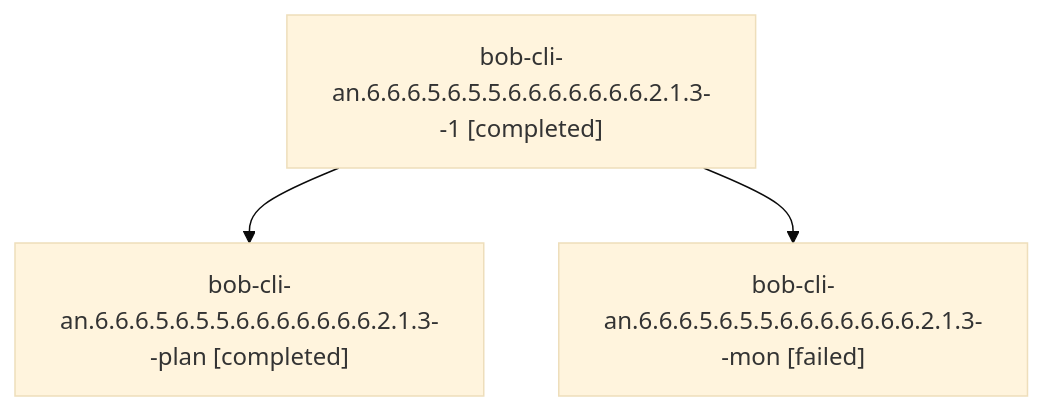
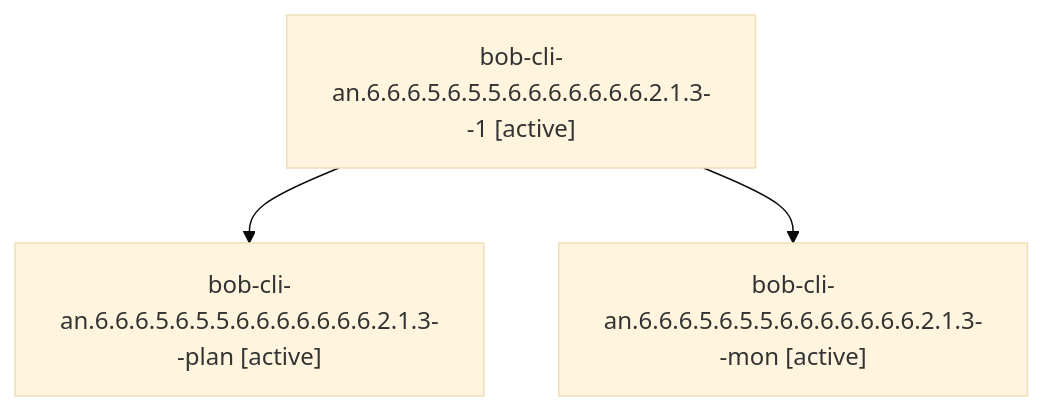
Before and after one commit to bobs-org/bob-cli--agents: the diagram in sessions/bbugyi200.athena.bob-cli-an.6.6.6.5.6.5.5.6.6.6.6.6.6.6.2.1.3.md, drawn with Mermaid (base theme). The commit also changed other lines of this file and 653 other files, not shown here.

````diff
--- a/sessions/bbugyi200.athena.bob-cli-an.6.6.6.5.6.5.5.6.6.6.6.6.6.6.2.1.3.md
+++ b/sessions/bbugyi200.athena.bob-cli-an.6.6.6.5.6.5.5.6.6.6.6.6.6.6.2.1.3.md
@@ -9,8 +9,8 @@
 ```mermaid
 flowchart TD
-  n0["bob-cli-an.6.6.6.5.6.5.5.6.6.6.6.6.6.6.2.1.3--1 [completed]"]
-  n1["bob-cli-an.6.6.6.5.6.5.5.6.6.6.6.6.6.6.2.1.3--plan [completed]"]
+  n0["bob-cli-an.6.6.6.5.6.5.5.6.6.6.6.6.6.6.2.1.3--1 [active]"]
+  n1["bob-cli-an.6.6.6.5.6.5.5.6.6.6.6.6.6.6.2.1.3--plan [active]"]
   n0 --> n1
-  n2["bob-cli-an.6.6.6.5.6.5.5.6.6.6.6.6.6.6.2.1.3--mon [failed]"]
+  n2["bob-cli-an.6.6.6.5.6.5.5.6.6.6.6.6.6.6.2.1.3--mon [active]"]
   n0 --> n2
 ```
````
